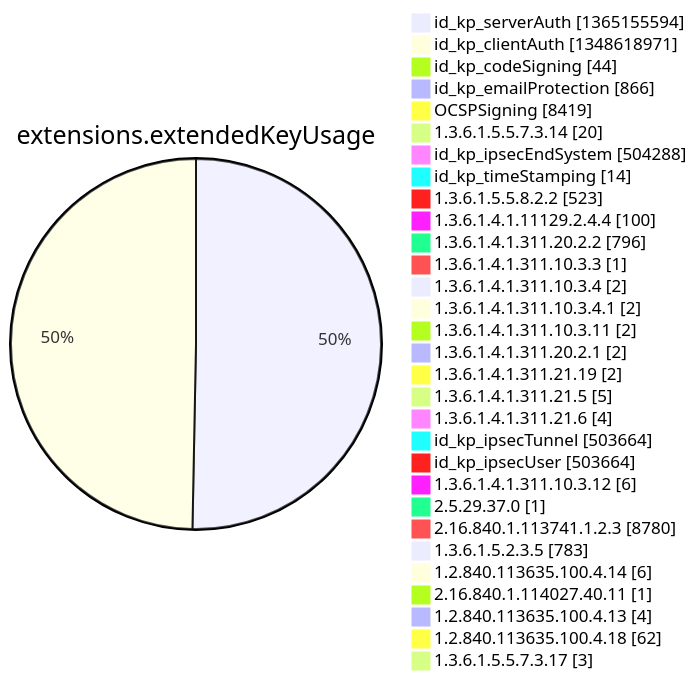
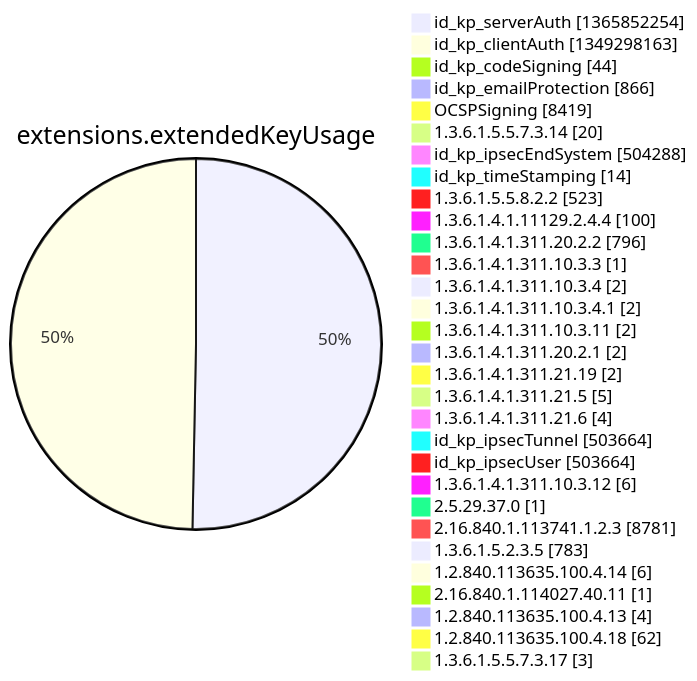
One commit to christiankrug/ctmonitor_visualization changed diagram 12 of 15 in argon2022/README.md. Above: the diagram before and after it, drawn with Mermaid. The commit also changed other lines of this file, not shown here.

````diff
--- a/argon2022/README.md
+++ b/argon2022/README.md
@@ -3553,34 +3553,34 @@
 ```mermaid
 pie showData
 title extensions.extendedKeyUsage
-"id_kp_serverAuth" :1365155594
-"id_kp_clientAuth" :1348618971
+"id_kp_serverAuth" :1365852254
+"id_kp_clientAuth" :1349298163
 "id_kp_codeSigning" :44
 "id_kp_emailProtection" :866
 "OCSPSigning" :8419
 "1.3.6.1.5.5.7.3.14" :20
 "id_kp_ipsecEndSystem" :504288
 "id_kp_timeStamping" :14
 "1.3.6.1.5.5.8.2.2" :523
 "1.3.6.1.4.1.11129.2.4.4" :100
 "1.3.6.1.4.1.311.20.2.2" :796
 "1.3.6.1.4.1.311.10.3.3" :1
 "1.3.6.1.4.1.311.10.3.4" :2
 "1.3.6.1.4.1.311.10.3.4.1" :2
 "1.3.6.1.4.1.311.10.3.11" :2
 "1.3.6.1.4.1.311.20.2.1" :2
 "1.3.6.1.4.1.311.21.19" :2
 "1.3.6.1.4.1.311.21.5" :5
 "1.3.6.1.4.1.311.21.6" :4
 "id_kp_ipsecTunnel" :503664
 "id_kp_ipsecUser" :503664
 "1.3.6.1.4.1.311.10.3.12" :6
 "2.5.29.37.0" :1
-"2.16.840.1.113741.1.2.3" :8780
+"2.16.840.1.113741.1.2.3" :8781
 "1.3.6.1.5.2.3.5" :783
 "1.2.840.113635.100.4.14" :6
 "2.16.840.1.114027.40.11" :1
 "1.2.840.113635.100.4.13" :4
 "1.2.840.113635.100.4.18" :62
 "1.3.6.1.5.5.7.3.17" :3
 ```
````
